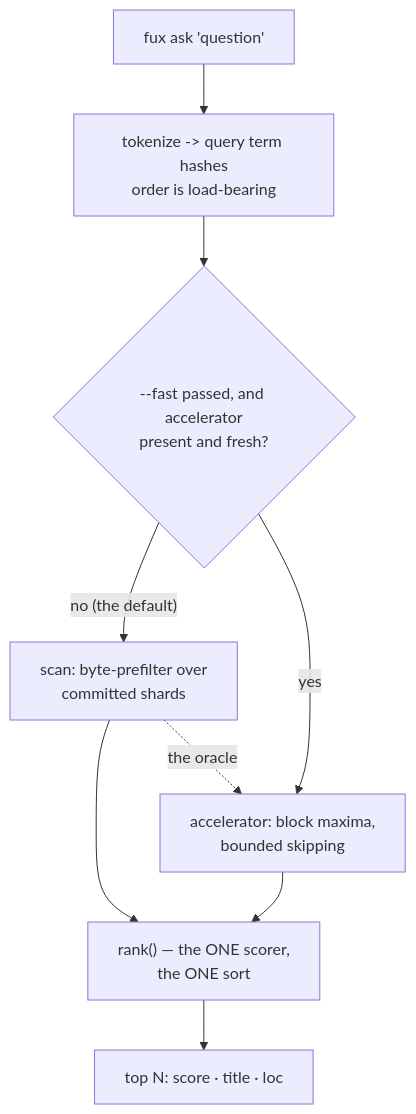
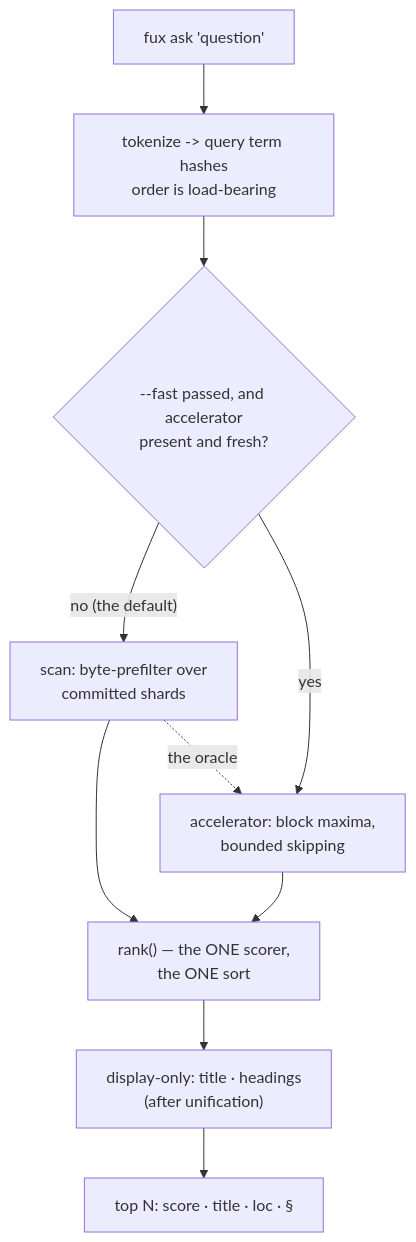
The diagram in docs/adr/0004_ask.md (arpitarya/fux), drawn with Mermaid before and after one commit. The commit also changed other lines of this file and 442 other files, not shown here.

````diff
--- a/docs/adr/0004_ask.md
+++ b/docs/adr/0004_ask.md
@@ -74,11 +41,12 @@
 ```mermaid
 flowchart TD
     Q["fux ask 'question'"] --> T["tokenize -> query term hashes<br/>order is load-bearing"]
     T --> C{"--fast passed, and accelerator<br/>present and fresh?"}
     C -->|"no (the default)"| S["scan: byte-prefilter over<br/>committed shards"]
     C -->|yes| A["accelerator: block maxima,<br/>bounded skipping"]
     S --> R["rank() — the ONE scorer,<br/>the ONE sort"]
     A --> R
-    R --> O["top N: score · title · loc"]
+    R --> P["display-only: title · headings<br/>(after unification)"]
+    P --> O["top N: score · title · loc · §"]
     S -.->|"the oracle"| A
 ```
````
